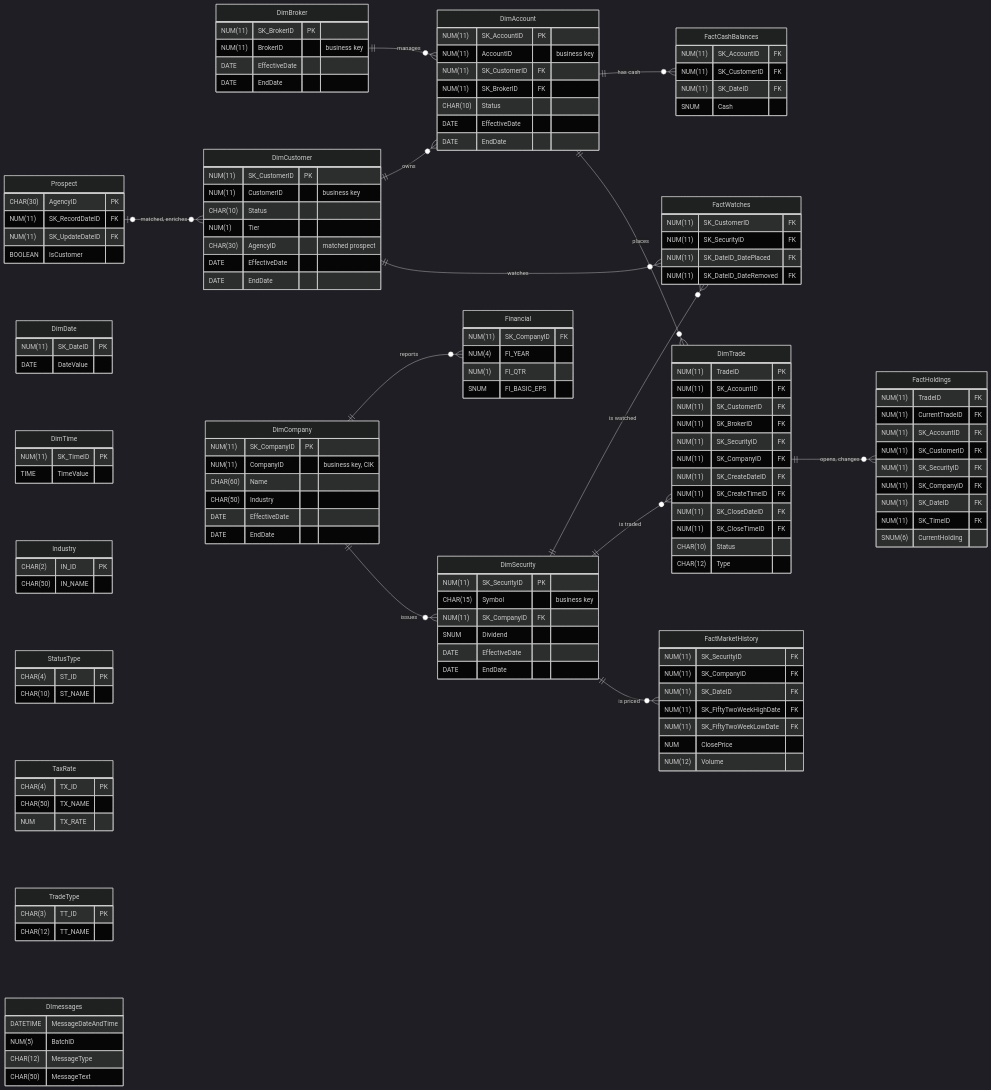
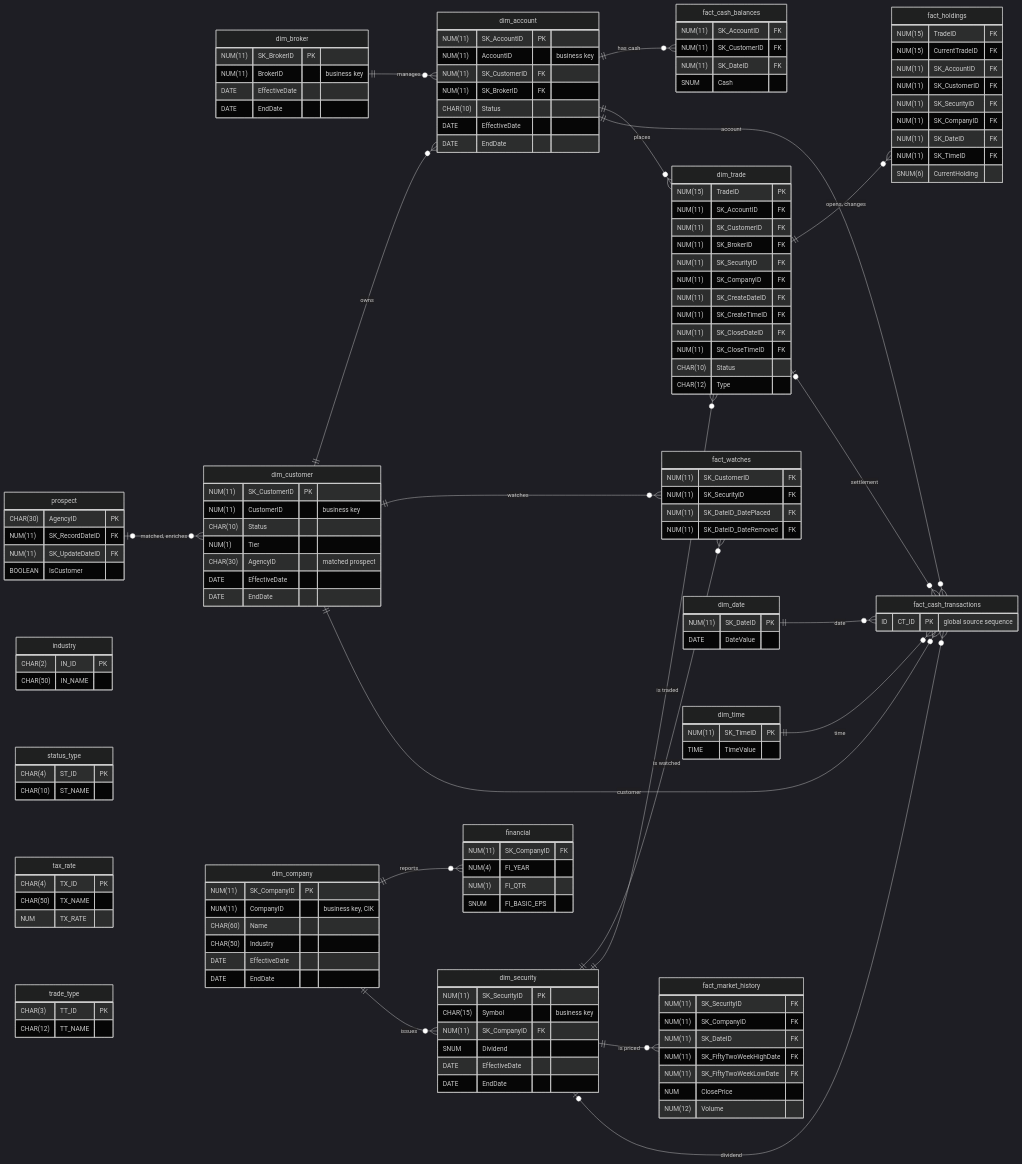
Before and after one commit to thongng01/data-ai-platform-tpcdi-project: the diagram in docs/diagrams/data-specification/gold-erd.mmd, drawn with Mermaid (dark theme). The commit also changed 22 other files, not shown here.

```diff
--- a/docs/diagrams/data-specification/gold-erd.mmd
+++ b/docs/diagrams/data-specification/gold-erd.mmd
@@ -1,145 +1,148 @@
 erDiagram
 direction LR
 
-DimBroker ||--o{ DimAccount : manages
-DimSecurity ||--o{ FactWatches : "is watched"
-DimSecurity ||--o{ DimTrade : "is traded"
-DimTrade ||--o{ FactHoldings : "opens, changes"
-Prospect |o--o{ DimCustomer : "matched, enriches"
-DimCompany ||--o{ Financial : reports
-DimSecurity ||--o{ FactMarketHistory : "is priced"
-DimCompany ||--o{ DimSecurity : issues
-DimAccount ||--o{ FactCashBalances : "has cash"
-DimCustomer ||--o{ DimAccount : owns
-DimAccount ||--o{ DimTrade : places
-DimCustomer ||--o{ FactWatches : watches
+dim_broker ||--o{ dim_account : manages
+dim_security ||--o{ fact_watches : "is watched"
+dim_security ||--o{ dim_trade : "is traded"
+dim_trade ||--o{ fact_holdings : "opens, changes"
+prospect |o--o{ dim_customer : "matched, enriches"
+dim_company ||--o{ financial : reports
+dim_security ||--o{ fact_market_history : "is priced"
+dim_company ||--o{ dim_security : issues
+dim_account ||--o{ fact_cash_balances : "has cash"
+dim_customer ||--o{ dim_account : owns
+dim_account ||--o{ dim_trade : places
+dim_customer ||--o{ fact_watches : watches
+dim_account ||--o{ fact_cash_transactions : account
+dim_customer ||--o{ fact_cash_transactions : customer
+dim_date ||--o{ fact_cash_transactions : date
+dim_time ||--o{ fact_cash_transactions : time
+dim_trade |o--o{ fact_cash_transactions : settlement
+dim_security |o--o{ fact_cash_transactions : dividend
 
-DimCustomer:::entity {
+dim_customer:::entity {
     NUM(11) SK_CustomerID PK
     NUM(11) CustomerID "business key"
     CHAR(10) Status
     NUM(1) Tier
     CHAR(30) AgencyID "matched prospect"
     DATE EffectiveDate
     DATE EndDate
 }
-DimAccount:::entity {
+dim_account:::entity {
     NUM(11) SK_AccountID PK
     NUM(11) AccountID "business key"
     NUM(11) SK_CustomerID FK
     NUM(11) SK_BrokerID FK
     CHAR(10) Status
     DATE EffectiveDate
     DATE EndDate
 }
-DimBroker:::entity {
+dim_broker:::entity {
     NUM(11) SK_BrokerID PK
     NUM(11) BrokerID "business key"
     DATE EffectiveDate
     DATE EndDate
 }
-DimCompany:::entity {
+dim_company:::entity {
     NUM(11) SK_CompanyID PK
     NUM(11) CompanyID "business key, CIK"
     CHAR(60) Name
     CHAR(50) Industry
     DATE EffectiveDate
     DATE EndDate
 }
-DimSecurity:::entity {
+dim_security:::entity {
     NUM(11) SK_SecurityID PK
     CHAR(15) Symbol "business key"
     NUM(11) SK_CompanyID FK
     SNUM Dividend
     DATE EffectiveDate
     DATE EndDate
 }
-Financial:::state {
+financial:::state {
     NUM(11) SK_CompanyID FK
     NUM(4) FI_YEAR
     NUM(1) FI_QTR
     SNUM FI_BASIC_EPS
 }
-DimTrade:::entity {
-    NUM(11) TradeID PK
+dim_trade:::entity {
+    NUM(15) TradeID PK
     NUM(11) SK_AccountID FK
     NUM(11) SK_CustomerID FK
     NUM(11) SK_BrokerID FK
     NUM(11) SK_SecurityID FK
     NUM(11) SK_CompanyID FK
     NUM(11) SK_CreateDateID FK
     NUM(11) SK_CreateTimeID FK
     NUM(11) SK_CloseDateID FK
     NUM(11) SK_CloseTimeID FK
     CHAR(10) Status
     CHAR(12) Type
 }
-FactHoldings:::event {
-    NUM(11) TradeID FK
-    NUM(11) CurrentTradeID FK
+fact_holdings:::event {
+    NUM(15) TradeID FK
+    NUM(15) CurrentTradeID FK
     NUM(11) SK_AccountID FK
     NUM(11) SK_CustomerID FK
     NUM(11) SK_SecurityID FK
     NUM(11) SK_CompanyID FK
     NUM(11) SK_DateID FK
     NUM(11) SK_TimeID FK
     SNUM(6) CurrentHolding
 }
-FactCashBalances:::event {
+fact_cash_balances:::event {
     NUM(11) SK_AccountID FK
     NUM(11) SK_CustomerID FK
     NUM(11) SK_DateID FK
     SNUM Cash
 }
-FactMarketHistory:::event {
+fact_market_history:::event {
     NUM(11) SK_SecurityID FK
     NUM(11) SK_CompanyID FK
     NUM(11) SK_DateID FK
     NUM(11) SK_FiftyTwoWeekHighDate FK
     NUM(11) SK_FiftyTwoWeekLowDate FK
     NUM ClosePrice
     NUM(12) Volume
 }
-FactWatches:::event {
+fact_watches:::event {
     NUM(11) SK_CustomerID FK
     NUM(11) SK_SecurityID FK
     NUM(11) SK_DateID_DatePlaced FK
     NUM(11) SK_DateID_DateRemoved FK
 }
-Prospect:::state {
+prospect:::state {
     CHAR(30) AgencyID PK
     NUM(11) SK_RecordDateID FK
     NUM(11) SK_UpdateDateID FK
     BOOLEAN IsCustomer
 }
-DimDate:::reference {
+dim_date:::reference {
     NUM(11) SK_DateID PK
     DATE DateValue
 }
-DimTime:::reference {
+dim_time:::reference {
     NUM(11) SK_TimeID PK
     TIME TimeValue
 }
-Industry:::reference {
+industry:::reference {
     CHAR(2) IN_ID PK
     CHAR(50) IN_NAME
 }
-StatusType:::reference {
+status_type:::reference {
     CHAR(4) ST_ID PK
     CHAR(10) ST_NAME
 }
-TaxRate:::reference {
+tax_rate:::reference {
     CHAR(4) TX_ID PK
     CHAR(50) TX_NAME
     NUM TX_RATE
 }
-TradeType:::reference {
+trade_type:::reference {
     CHAR(3) TT_ID PK
     CHAR(12) TT_NAME
 }
-DImessages:::reference {
-    DATETIME MessageDateAndTime
-    NUM(5) BatchID
-    CHAR(12) MessageType
-    CHAR(50) MessageText
+fact_cash_transactions:::event {
+    ID CT_ID PK "global source sequence"
 }
```
